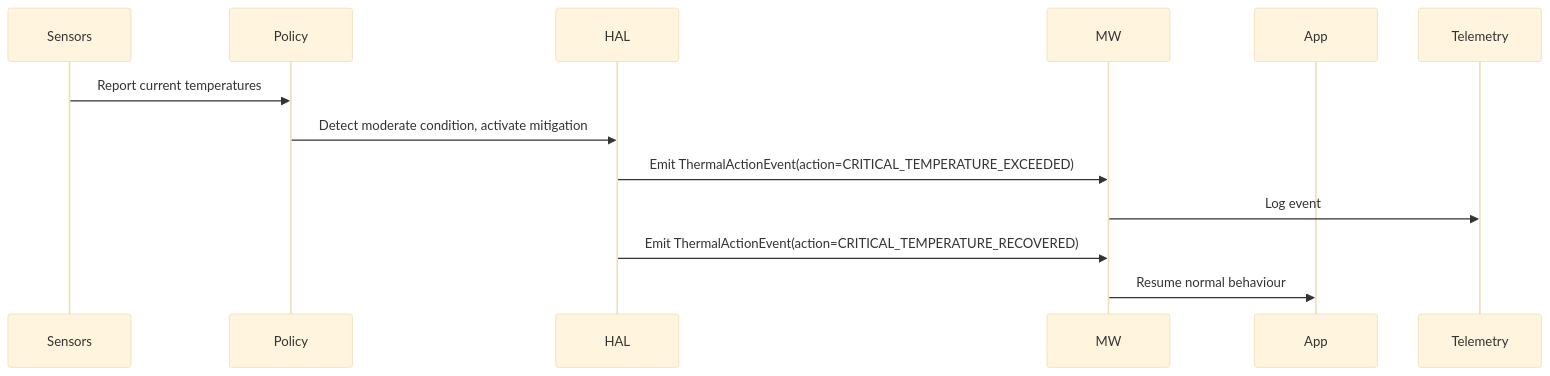
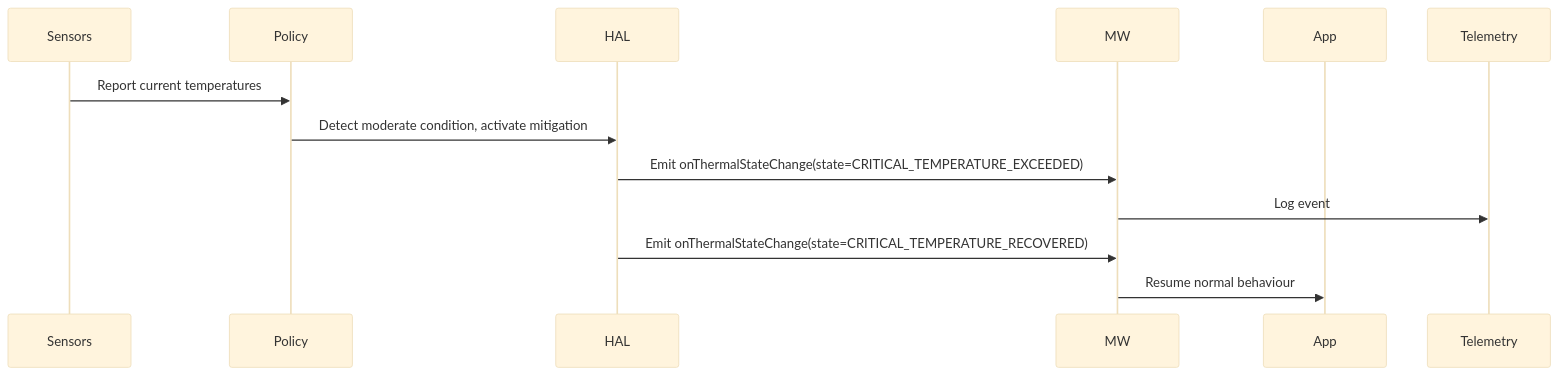
Before and after one commit to rdkcentral/rdk-halif-aidl: the second of 3 diagrams in docs/halif/sensor/current/thermal/thermal_sensor.md, drawn with Mermaid (base theme). The commit also changed other lines of this file and 14 other files, not shown here.

````diff
--- a/docs/halif/sensor/current/thermal/thermal_sensor.md
+++ b/docs/halif/sensor/current/thermal/thermal_sensor.md
@@ -232,15 +236,15 @@
 ```mermaid
 sequenceDiagram
     participant Sensors
     participant Policy
     participant HAL
     participant MW
     participant App
 
     Sensors->>Policy: Report current temperatures
     Policy->>HAL: Detect moderate condition, activate mitigation
-    HAL->>MW: Emit ThermalActionEvent(action=CRITICAL_TEMPERATURE_EXCEEDED)
+    HAL->>MW: Emit onThermalStateChange(state=CRITICAL_TEMPERATURE_EXCEEDED)
     MW->>Telemetry: Log event
-    HAL->>MW: Emit ThermalActionEvent(action=CRITICAL_TEMPERATURE_RECOVERED)
+    HAL->>MW: Emit onThermalStateChange(state=CRITICAL_TEMPERATURE_RECOVERED)
     MW->>App: Resume normal behaviour
 ```
````
